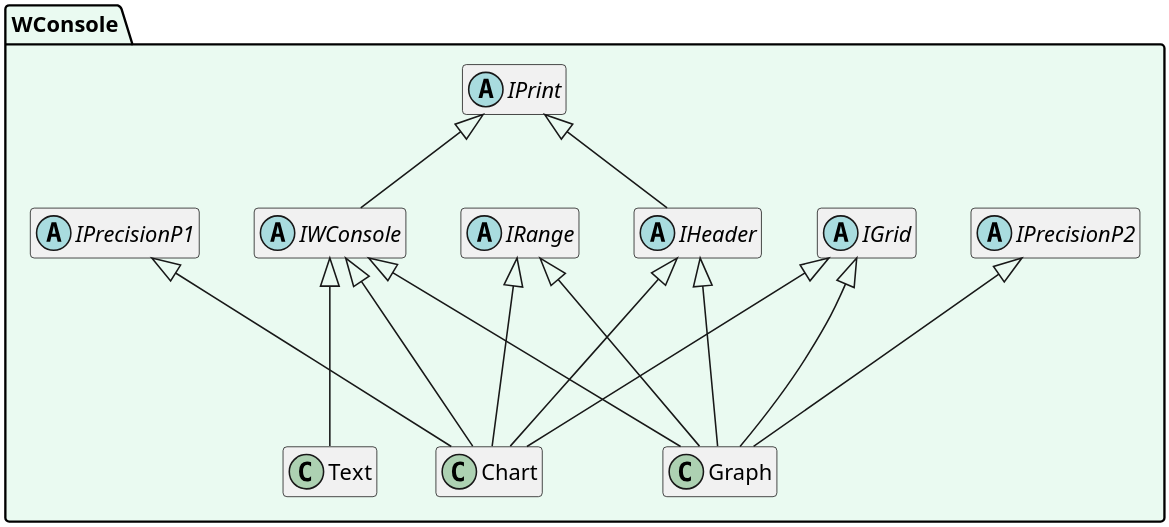
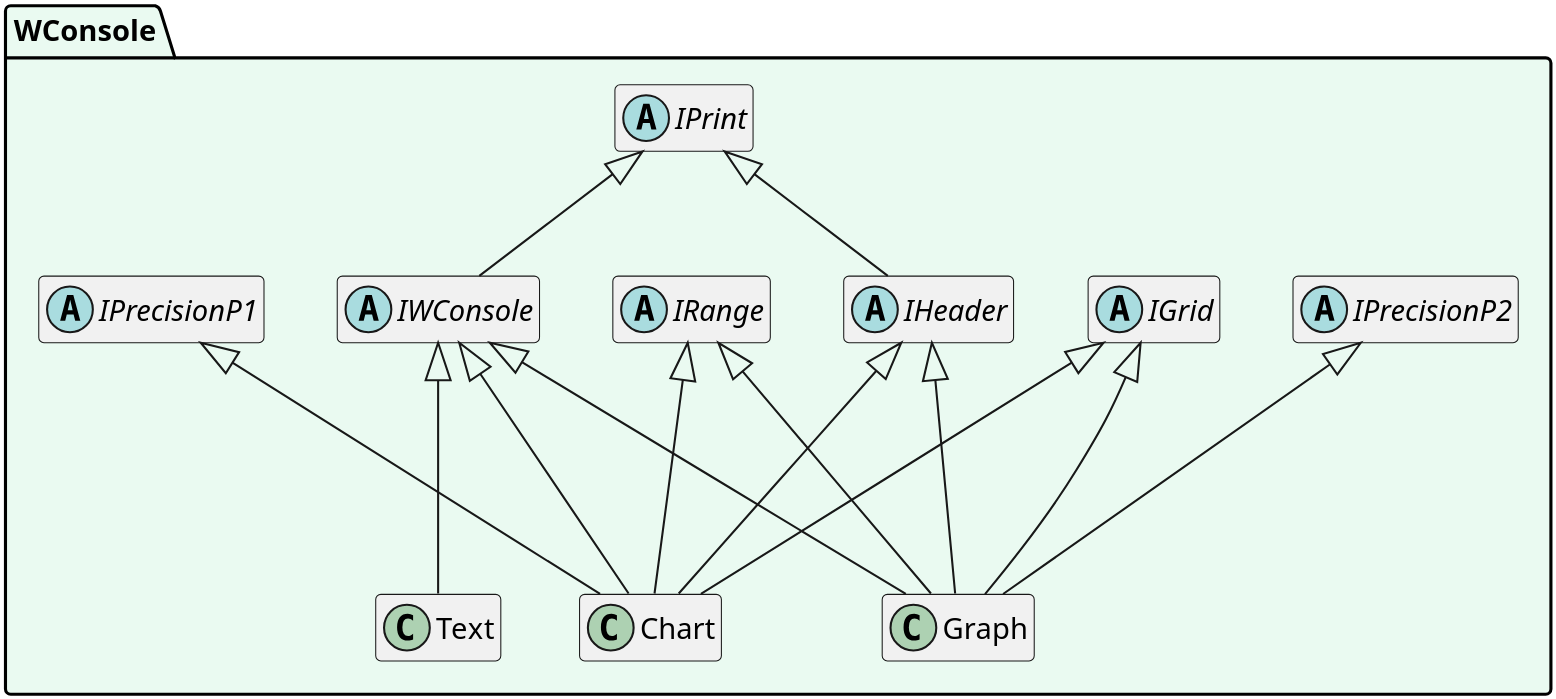
The diagram in doc/UMLClass.md (SergioStopkin/WideConsole), drawn with PlantUML before and after one commit.

Commit message:
Test some styles

````diff
--- a/doc/UMLClass.md
+++ b/doc/UMLClass.md
@@ -1,41 +1,41 @@
 ```plantuml
 @startuml
 
-scale 3
+scale 30
 
 hide empty members
 
 namespace WConsole #EAFAF1 {
 
 abstract class IGrid
 abstract class IHeader
 abstract class IPrecisionP1
 abstract class IPrecisionP2
 abstract class IPrint
 abstract class IRange
 abstract class IWConsole
 class Chart
 class Graph
 class Text
 
 IPrint <|-- IHeader
 IPrint <|-- IWConsole
 
 IWConsole    <|--- Chart
 IHeader      <|--- Chart
 IPrecisionP1 <|---  Chart
 IRange       <|---  Chart
 IGrid        <|---  Chart
 
 IWConsole    <|--- Graph
 IHeader      <|--- Graph
 IPrecisionP2 <|---  Graph
 IRange       <|---  Graph
 IGrid        <|---  Graph
 
 IWConsole <|--- Text
 
 }
 
 @enduml
 ```
````
